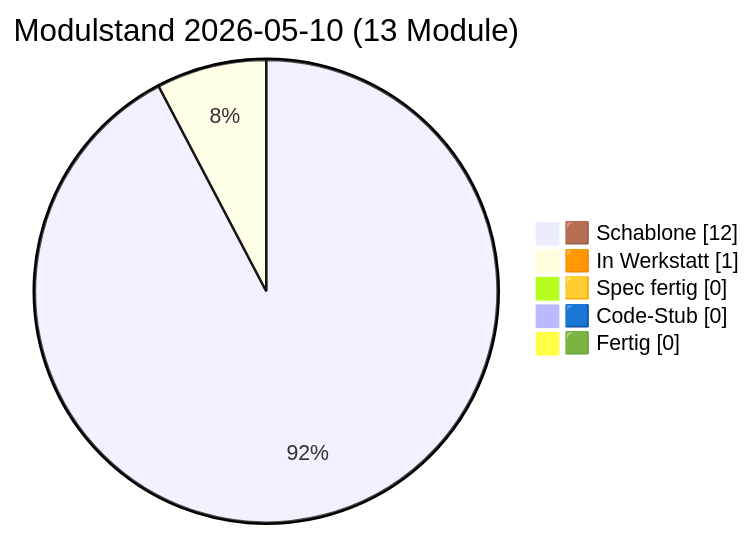
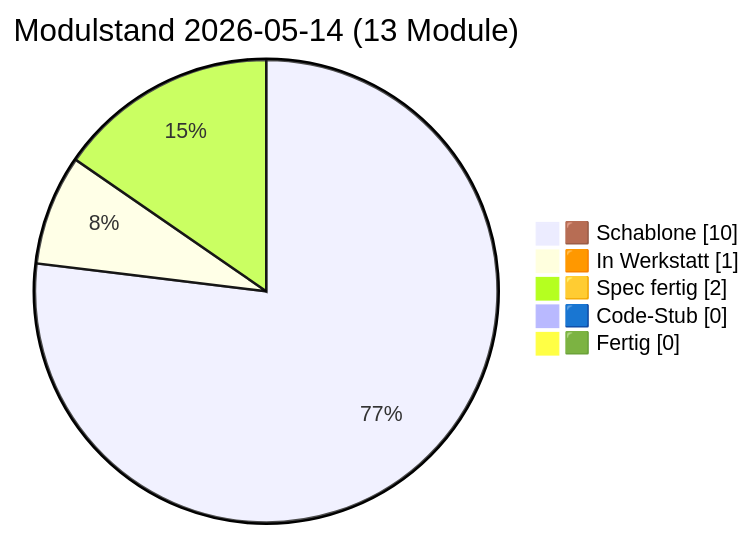
Before and after one commit to lausiklauskn-png/Sage-Protokol: the diagram in docs/PULS.md, drawn with Mermaid. The commit also changed other lines of this file and 7 other files, not shown here.

````diff
--- a/docs/PULS.md
+++ b/docs/PULS.md
@@ -16,9 +16,9 @@
 ```mermaid
 pie showData
-  title Modulstand 2026-05-10 (13 Module)
-  "🟫 Schablone" : 12
+  title Modulstand 2026-05-14 (13 Module)
+  "🟫 Schablone" : 10
   "🟧 In Werkstatt" : 1
-  "🟨 Spec fertig" : 0
+  "🟨 Spec fertig" : 2
   "🟦 Code-Stub" : 0
   "🟩 Fertig" : 0
 ```
````
